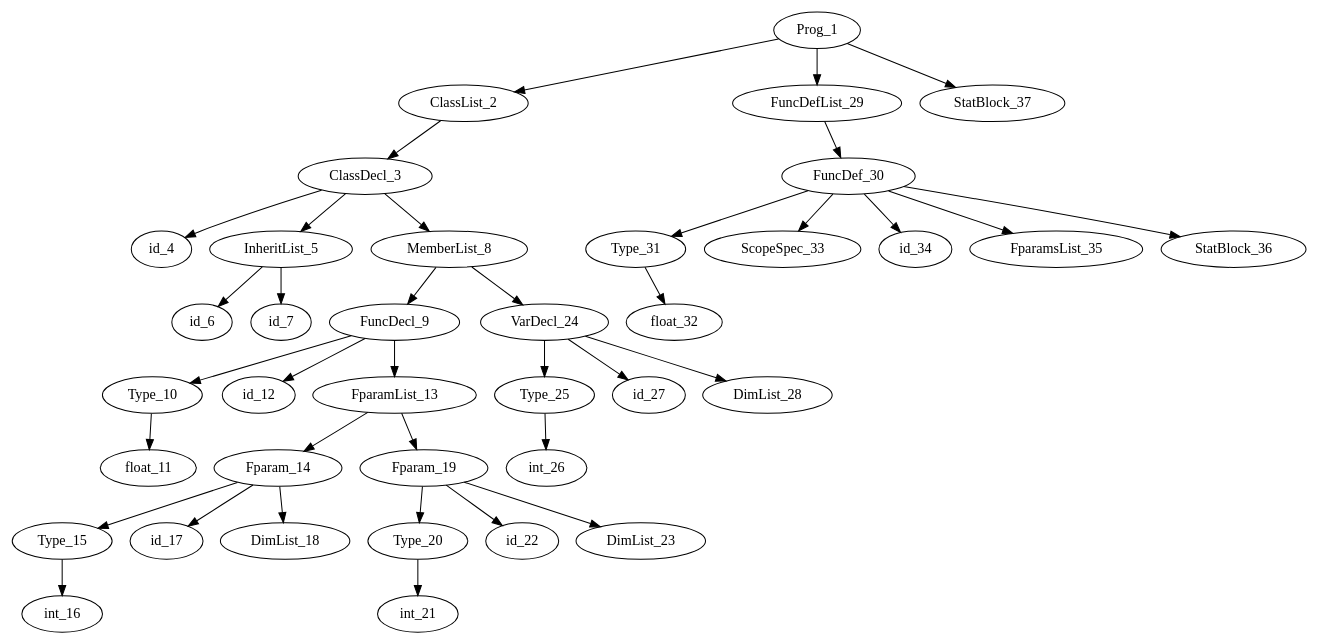
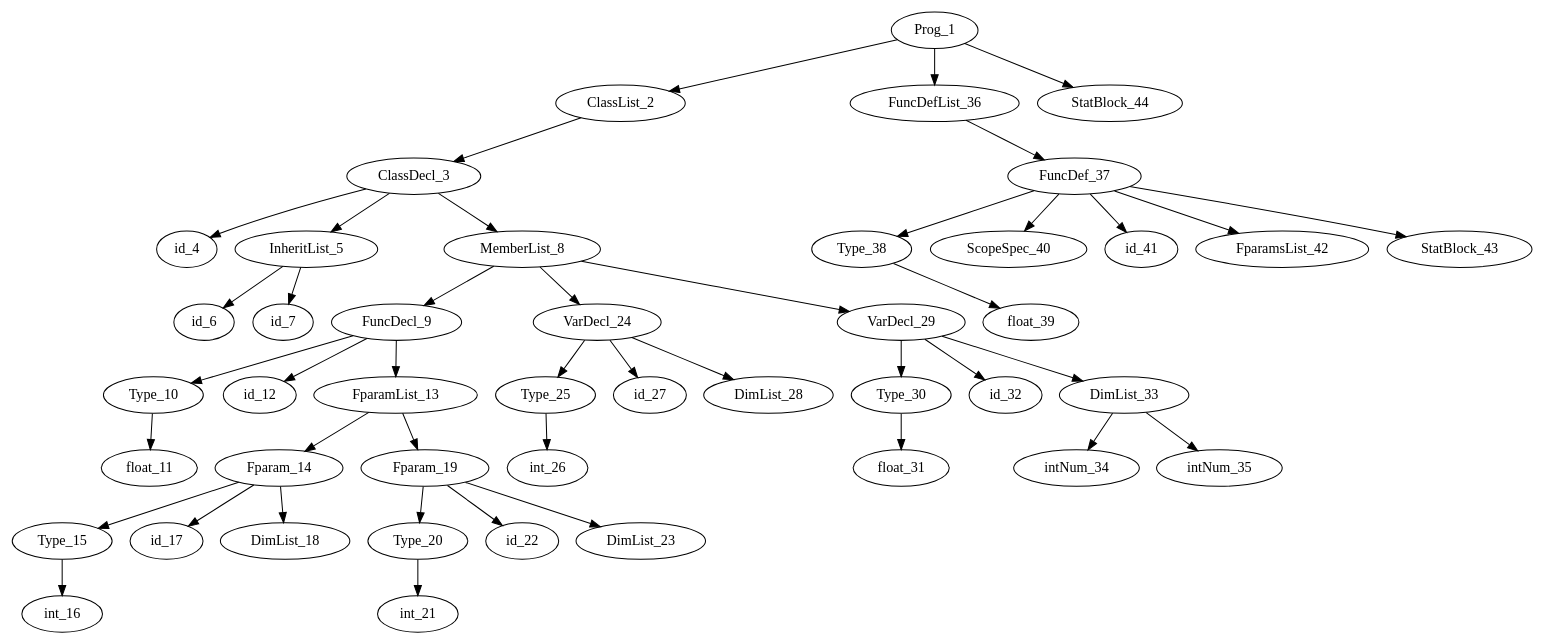
One commit to McGiver-/Compiler changed the diagram in refactor/graph.dot. Above: the diagram before and after it, drawn with Graphviz. The commit also changed 3 other files, not shown here.

```diff
--- a/refactor/graph.dot
+++ b/refactor/graph.dot
@@ -1,76 +1,90 @@
 digraph ast {
 	Prog_1->ClassList_2;
 	ClassList_2->ClassDecl_3;
 	ClassDecl_3->id_4;
 	ClassDecl_3->InheritList_5;
 	InheritList_5->id_6;
 	InheritList_5->id_7;
 	ClassDecl_3->MemberList_8;
 	MemberList_8->FuncDecl_9;
 	FuncDecl_9->Type_10;
 	Type_10->float_11;
 	FuncDecl_9->id_12;
 	FuncDecl_9->FparamList_13;
 	FparamList_13->Fparam_14;
 	Fparam_14->Type_15;
 	Type_15->int_16;
 	Fparam_14->id_17;
 	Fparam_14->DimList_18;
 	FparamList_13->Fparam_19;
 	Fparam_19->Type_20;
 	Type_20->int_21;
 	Fparam_19->id_22;
 	Fparam_19->DimList_23;
 	MemberList_8->VarDecl_24;
 	VarDecl_24->Type_25;
 	Type_25->int_26;
 	VarDecl_24->id_27;
 	VarDecl_24->DimList_28;
-	Prog_1->FuncDefList_29;
-	FuncDefList_29->FuncDef_30;
-	FuncDef_30->Type_31;
-	Type_31->float_32;
-	FuncDef_30->ScopeSpec_33;
-	FuncDef_30->id_34;
-	FuncDef_30->FparamsList_35;
-	FuncDef_30->StatBlock_36;
-	Prog_1->StatBlock_37;
+	MemberList_8->VarDecl_29;
+	VarDecl_29->Type_30;
+	Type_30->float_31;
+	VarDecl_29->id_32;
+	VarDecl_29->DimList_33;
+	DimList_33->intNum_34;
+	DimList_33->intNum_35;
+	Prog_1->FuncDefList_36;
+	FuncDefList_36->FuncDef_37;
+	FuncDef_37->Type_38;
+	Type_38->float_39;
+	FuncDef_37->ScopeSpec_40;
+	FuncDef_37->id_41;
+	FuncDef_37->FparamsList_42;
+	FuncDef_37->StatBlock_43;
+	Prog_1->StatBlock_44;
 	ClassDecl_3;
 	ClassList_2;
 	DimList_18;
 	DimList_23;
 	DimList_28;
+	DimList_33;
 	FparamList_13;
 	Fparam_14;
 	Fparam_19;
-	FparamsList_35;
+	FparamsList_42;
 	FuncDecl_9;
-	FuncDefList_29;
-	FuncDef_30;
+	FuncDefList_36;
+	FuncDef_37;
 	InheritList_5;
 	MemberList_8;
 	Prog_1;
-	ScopeSpec_33;
-	StatBlock_36;
-	StatBlock_37;
+	ScopeSpec_40;
+	StatBlock_43;
+	StatBlock_44;
 	Type_10;
 	Type_15;
 	Type_20;
 	Type_25;
-	Type_31;
+	Type_30;
+	Type_38;
 	VarDecl_24;
+	VarDecl_29;
 	float_11;
-	float_32;
+	float_31;
+	float_39;
 	id_12;
 	id_17;
 	id_22;
 	id_27;
-	id_34;
+	id_32;
 	id_4;
+	id_41;
 	id_6;
 	id_7;
+	intNum_34;
+	intNum_35;
 	int_16;
 	int_21;
 	int_26;
 
 }
```
